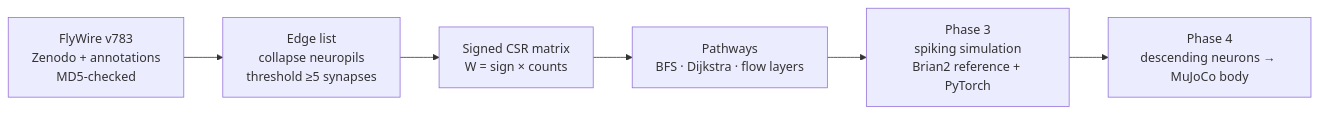
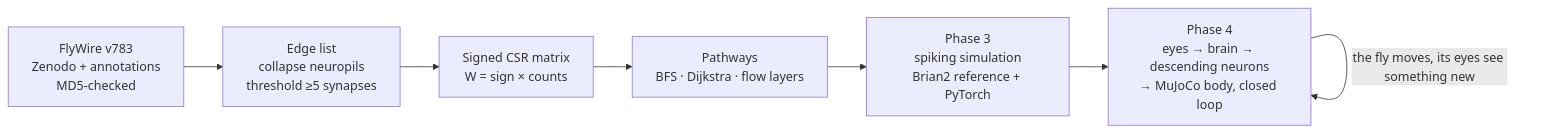
Before and after one commit to Froststar16/connectome-control: the diagram in README.md, drawn with Mermaid. The commit also changed other lines of this file and 17 other files, not shown here.

Commit message:
Phase 4: closed-loop control of a NeuroMechFly body by the spiking brain

````diff
--- a/README.md
+++ b/README.md
@@ -40,8 +43,9 @@
 ```mermaid
 flowchart LR
     A[FlyWire v783<br/>Zenodo + annotations<br/>MD5-checked] --> B[Edge list<br/>collapse neuropils<br/>threshold ≥5 synapses]
     B --> C[Signed CSR matrix<br/>W = sign × counts]
     C --> D[Pathways<br/>BFS · Dijkstra · flow layers]
     D --> E[Phase 3<br/>spiking simulation<br/>Brian2 reference + PyTorch]
-    E --> F[Phase 4<br/>descending neurons → MuJoCo body]
+    E --> F[Phase 4<br/>eyes → brain → descending neurons<br/>→ MuJoCo body, closed loop]
+    F -->|the fly moves, its eyes see something new| F
 ```
````
